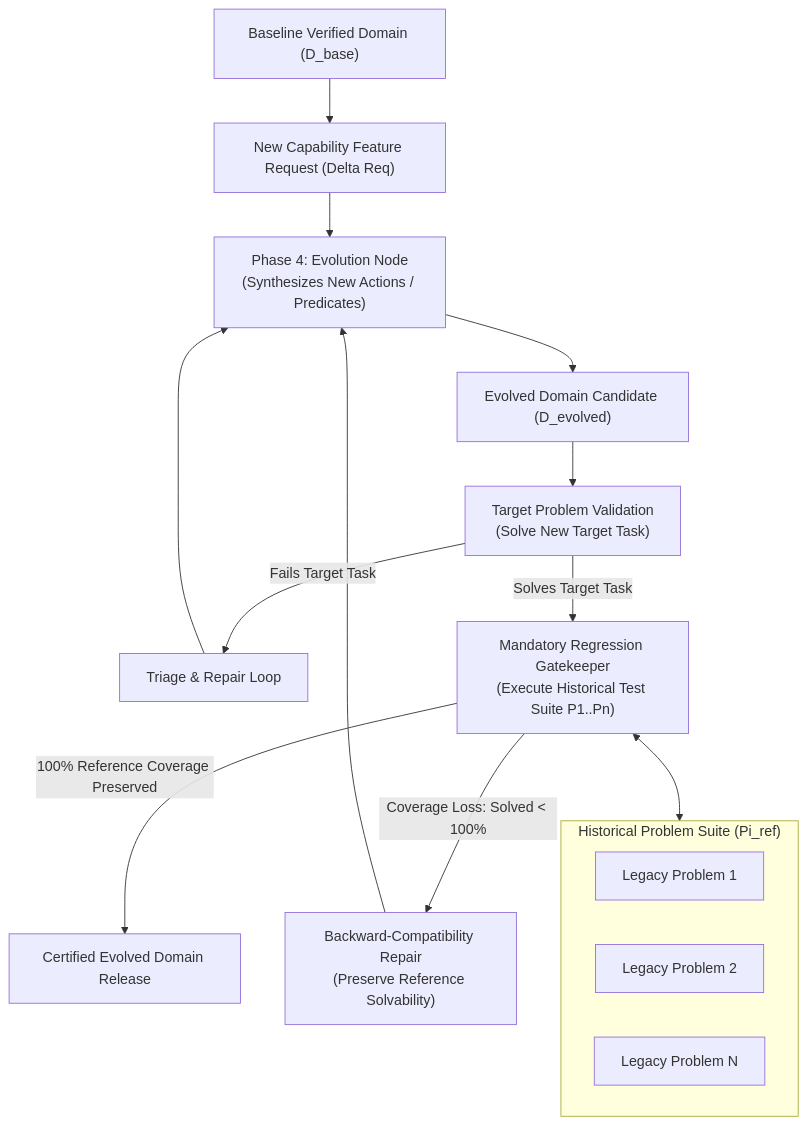
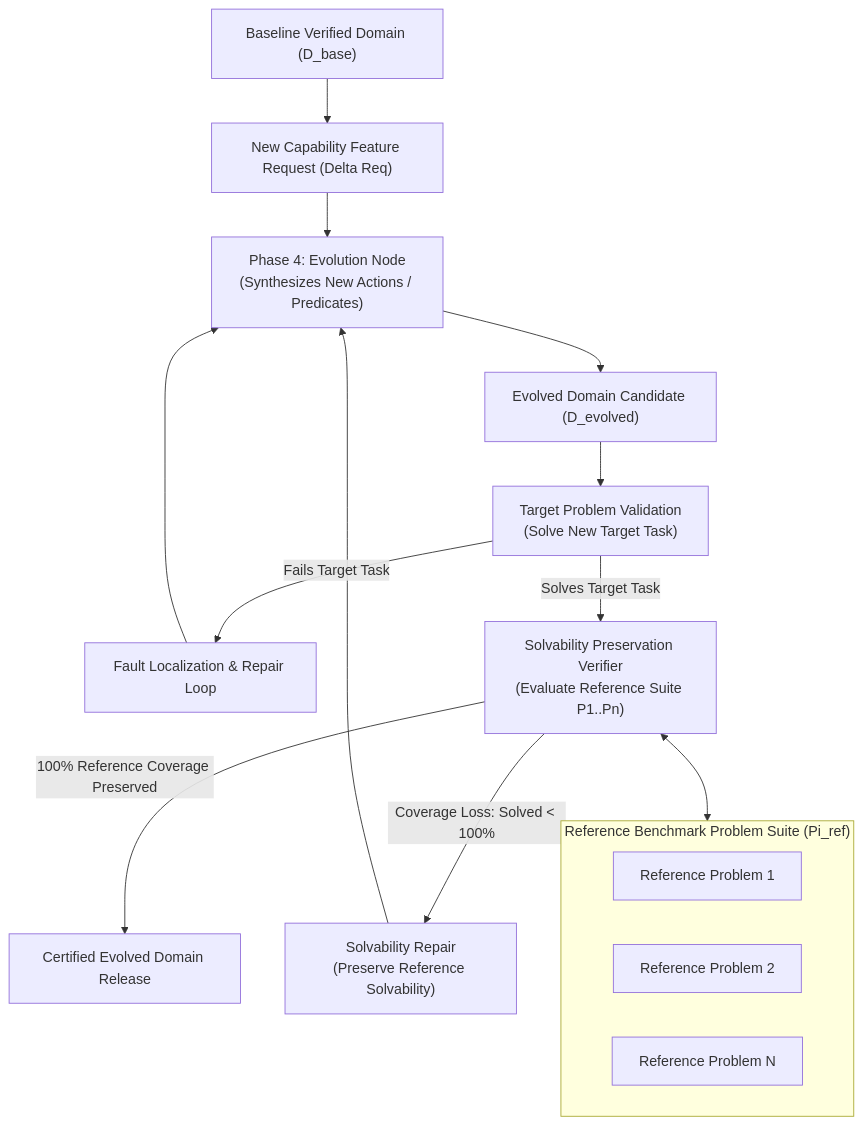
Before and after one commit to roshanmgupta/pddl-lifecycle-agent-domain-engineering: the fourth of 4 diagrams in readme.md, drawn with Mermaid. The commit also changed other lines of this file and 1703 other files, not shown here.

Commit message:
Extra tried repair code for all domain

````diff
--- a/readme.md
+++ b/readme.md
@@ -94,24 +95,24 @@
 ```mermaid
 flowchart TD
     BaseDomain["Baseline Verified Domain (D_base)"] --> EvolveReq["New Capability Feature Request (Delta Req)"]
     EvolveReq --> EvolveNode["Phase 4: Evolution Node\n(Synthesizes New Actions / Predicates)"]
     EvolveNode --> EvolvedCandidate["Evolved Domain Candidate (D_evolved)"]
     
     TargetTest["Target Problem Validation\n(Solve New Target Task)"]
     EvolvedCandidate --> TargetTest
-    TargetTest -->|Fails Target Task| TriageRepair["Triage & Repair Loop"]
+    TargetTest -->|Fails Target Task| TriageRepair["Fault Localization & Repair Loop"]
     TriageRepair --> EvolveNode
     
-    TargetTest -->|Solves Target Task| RegressionGate["Mandatory Regression Gatekeeper\n(Execute Historical Test Suite P1..Pn)"]
+    TargetTest -->|Solves Target Task| PreservVerifier["Solvability Preservation Verifier\n(Evaluate Reference Suite P1..Pn)"]
     
-    subgraph RegressionSuite["Historical Problem Suite (Pi_ref)"]
-        P1["Legacy Problem 1"]
-        P2["Legacy Problem 2"]
-        PN["Legacy Problem N"]
+    subgraph ReferenceSuite["Reference Benchmark Problem Suite (Pi_ref)"]
+        P1["Reference Problem 1"]
+        P2["Reference Problem 2"]
+        PN["Reference Problem N"]
     end
     
-    RegressionGate <--> RegressionSuite
-    RegressionGate -->|Coverage Loss: Solved < 100%| Reject["Backward-Compatibility Repair\n(Preserve Reference Solvability)"]
+    PreservVerifier <--> ReferenceSuite
+    PreservVerifier -->|Coverage Loss: Solved < 100%| Reject["Solvability Repair\n(Preserve Reference Solvability)"]
     Reject --> EvolveNode
-    RegressionGate -->|100% Reference Coverage Preserved| Release["Certified Evolved Domain Release"]
+    PreservVerifier -->|100% Reference Coverage Preserved| Release["Certified Evolved Domain Release"]
 ```
````
